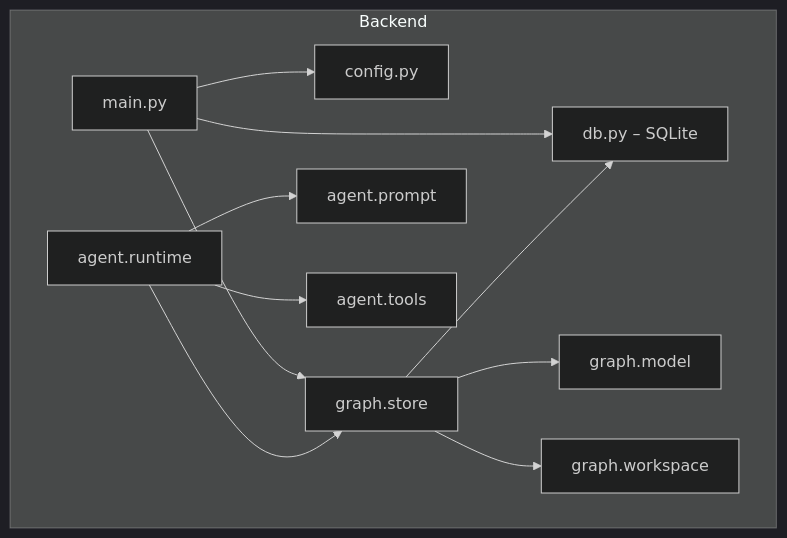
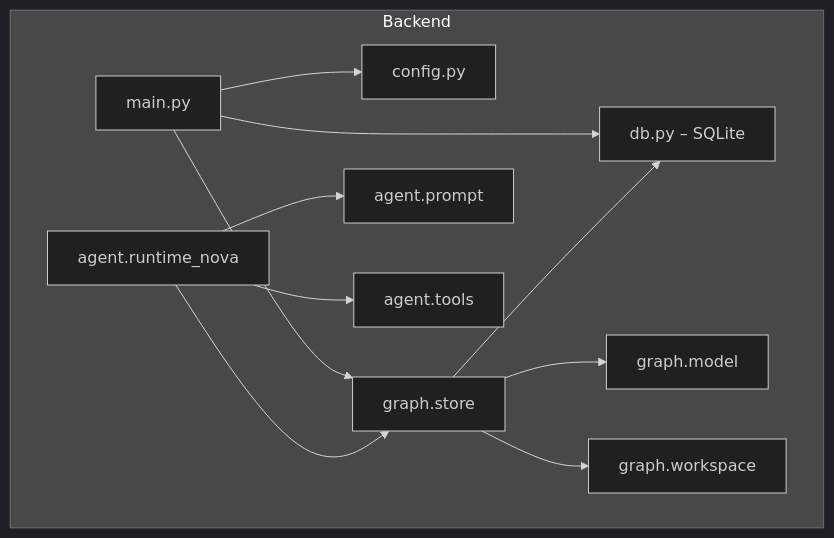
Before and after one commit to prichard26/Submission-Nova-Hack-Consularis: the diagram in docs/DATA_FLOW.md, drawn with Mermaid (dark theme). The commit also changed other lines of this file and 35 other files, not shown here.

````diff
--- a/docs/DATA_FLOW.md
+++ b/docs/DATA_FLOW.md
@@ -7,23 +7,23 @@
 ```mermaid
 flowchart TB
   subgraph backend [Backend]
     Main[main.py]
     Config[config.py]
     DB[db.py – SQLite]
     GraphStore[graph.store]
     GraphModel[graph.model]
     GraphWorkspace[graph.workspace]
-    AgentRun[agent.runtime]
+    AgentRun[agent.runtime_nova]
     AgentPrompt[agent.prompt]
     AgentTools[agent.tools]
   end
   Main --> Config
   Main --> DB
   Main --> GraphStore
   GraphStore --> DB
   GraphStore --> GraphModel
   GraphStore --> GraphWorkspace
   AgentRun --> AgentPrompt
   AgentRun --> AgentTools
   AgentRun --> GraphStore
 ```
````
